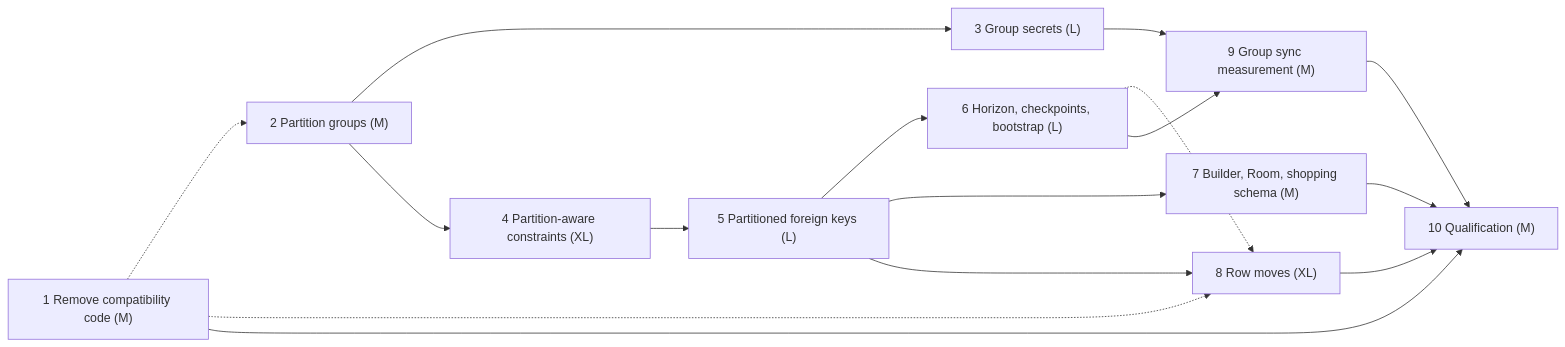
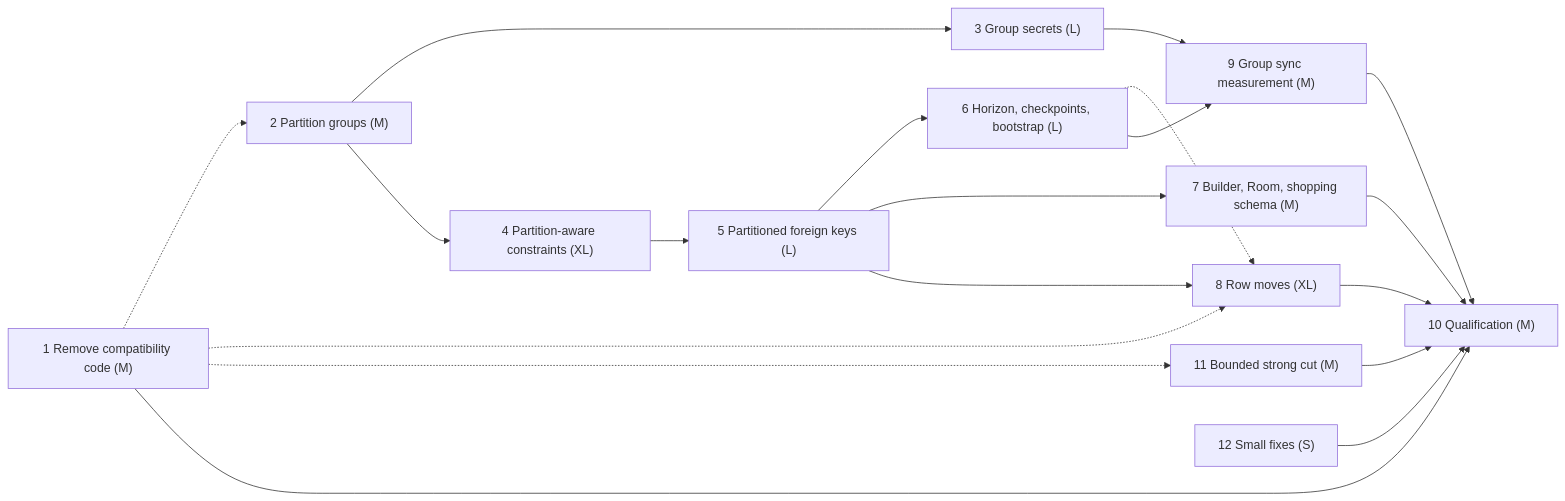
One commit to BierDav/rocky changed the diagram in docs/features_06/README.md. Above: the diagram before and after it, drawn with Mermaid. The commit also changed other lines of this file and 13 other files, not shown here.

First line of the commit message:
docs: add fix-later backlog and phases 11-12 to the roadmap

````diff
--- a/docs/features_06/README.md
+++ b/docs/features_06/README.md
@@ -60,29 +64,34 @@
 ```mermaid
 flowchart LR
     P1["1 Remove compatibility code (M)"]
     P2["2 Partition groups (M)"]
     P3["3 Group secrets (L)"]
     P4["4 Partition-aware constraints (XL)"]
     P5["5 Partitioned foreign keys (L)"]
     P6["6 Horizon, checkpoints, bootstrap (L)"]
     P7["7 Builder, Room, shopping schema (M)"]
     P8["8 Row moves (XL)"]
     P9["9 Group sync measurement (M)"]
     P10["10 Qualification (M)"]
+    P11["11 Bounded strong cut (M)"]
+    P12["12 Small fixes (S)"]
 
     P1 -.-> P2
     P1 -.-> P8
+    P1 -.-> P11
+    P11 --> P10
+    P12 --> P10
     P6 -.-> P8
     P1 --> P10
     P2 --> P3
     P2 --> P4
     P4 --> P5
     P5 --> P6
     P5 --> P7
     P5 --> P8
     P3 --> P9
     P6 --> P9
     P7 --> P10
     P8 --> P10
     P9 --> P10
 ```
````
